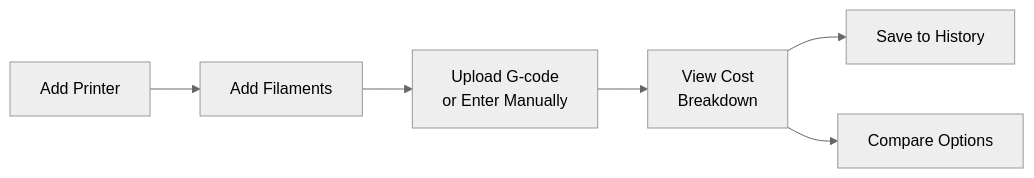
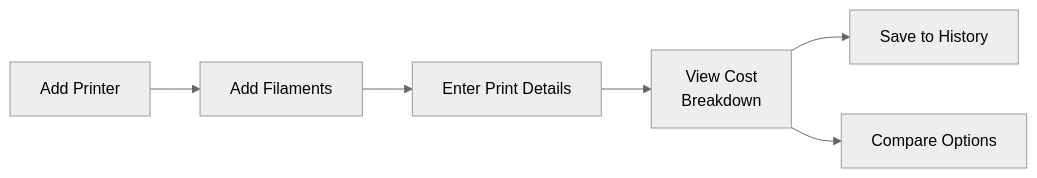
One commit to 8bits1beard-io/PrintCost changed the diagram in README.md. Above: the diagram before and after it, drawn with Mermaid (neutral theme). The commit also changed other lines of this file and 7 other files, not shown here.

````diff
--- a/README.md
+++ b/README.md
@@ -112,8 +118,8 @@
 ```mermaid
 flowchart LR
     A[Add Printer] --> B[Add Filaments]
-    B --> C[Upload G-code<br/>or Enter Manually]
+    B --> C[Enter Print Details]
     C --> D[View Cost<br/>Breakdown]
     D --> E[Save to History]
     D --> F[Compare Options]
 ```
````
